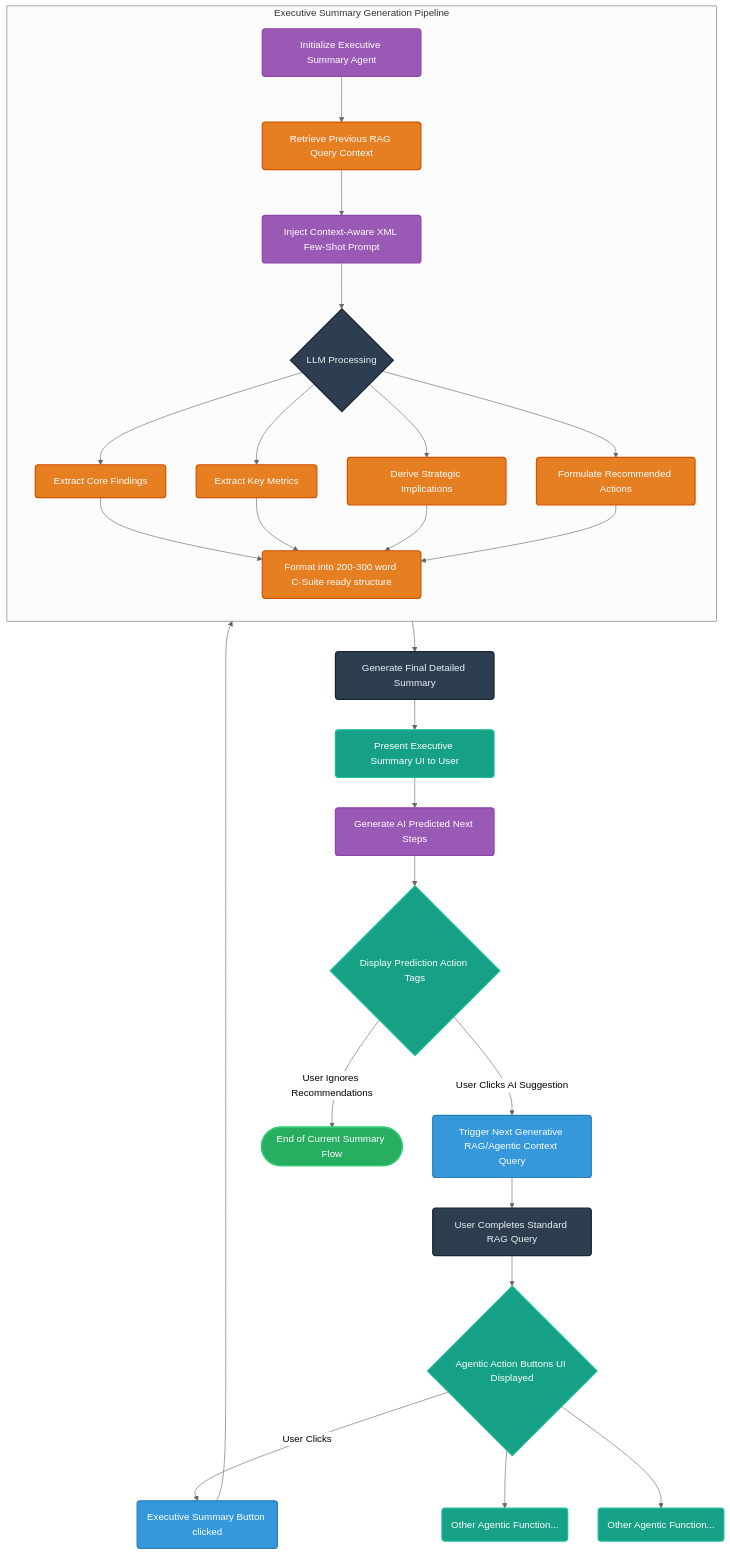
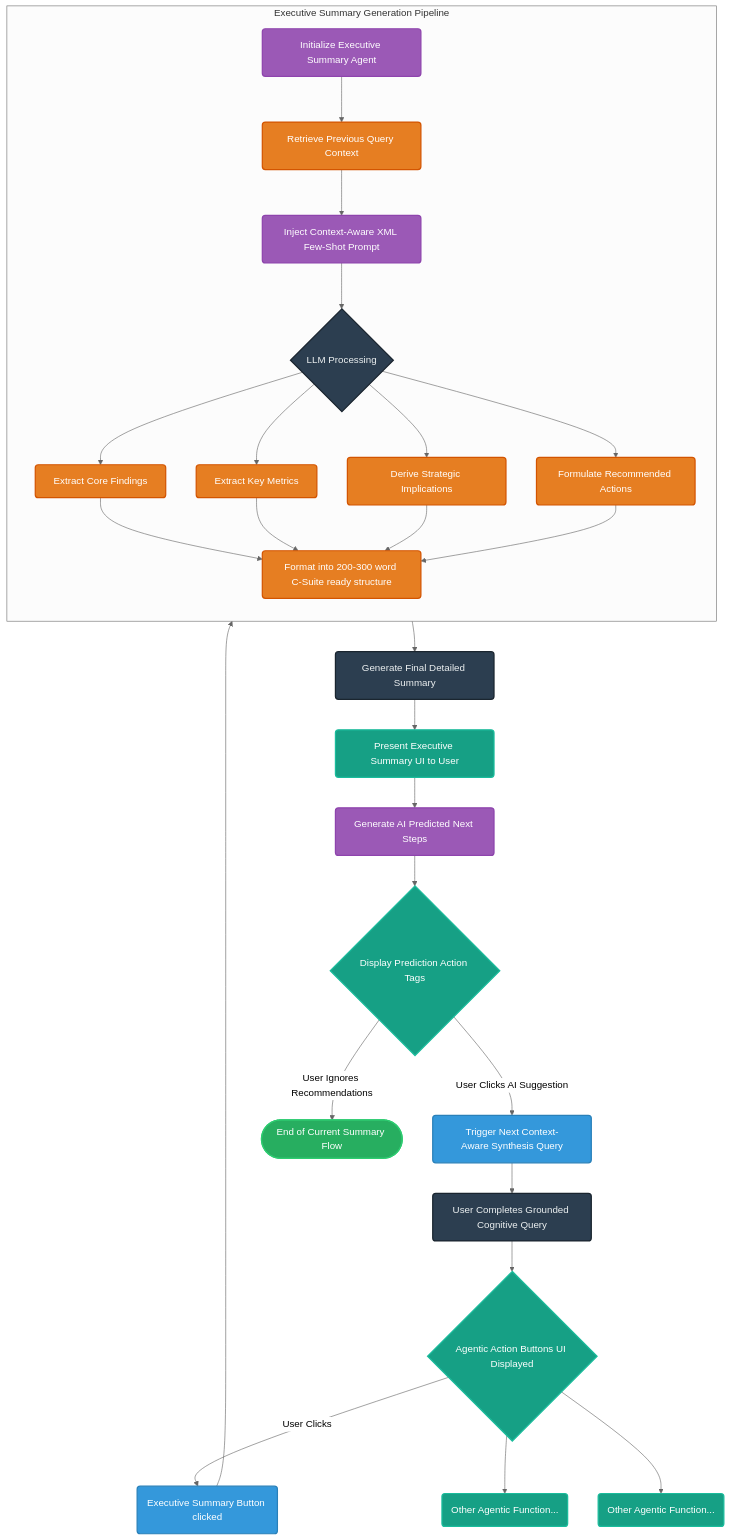
Before and after one commit to PankajVarma-PUV/SpandaOS: the diagram in About Spanda Operating Soul/Agentic_Flow Executive Summary.md, drawn with Mermaid (neutral theme). The commit also changed other lines of this file and 19 other files, not shown here.

Commit message:
Finalized SOTA SpandaOS Architecture

````diff
--- a/About Spanda Operating Soul/Agentic_Flow Executive Summary.md
+++ b/About Spanda Operating Soul/Agentic_Flow Executive Summary.md
@@ -34,48 +34,48 @@
 ```mermaid
 flowchart TD
     %% Styling Profiles
     classDef userAction fill:#3498db,stroke:#2980b9,stroke-width:2px,color:#fff,rx:5px,ry:5px
     classDef stateNode fill:#2c3e50,stroke:#1a252f,stroke-width:2px,color:#ecf0f1,rx:5px,ry:5px
     classDef agentCore fill:#9b59b6,stroke:#8e44ad,stroke-width:2px,color:#fff,rx:5px,ry:5px
     classDef processing fill:#e67e22,stroke:#d35400,stroke-width:2px,color:#fff,rx:5px,ry:5px
     classDef uiElement fill:#16a085,stroke:#1abc9c,stroke-width:2px,color:#fff,rx:5px,ry:5px
     classDef finishNode fill:#27ae60,stroke:#2ecc71,stroke-width:2px,color:#fff,rx:5px,ry:5px
 
-    A[User Completes Standard RAG Query]:::stateNode --> B{Agentic Action Buttons UI Displayed}:::uiElement
+    A[User Completes Grounded Cognitive Query]:::stateNode --> B{Agentic Action Buttons UI Displayed}:::uiElement
     
     B -->|User Clicks| C(Executive Summary Button clicked):::userAction
     B --> btn2(Other Agentic Function...):::uiElement
     B --> btn3(Other Agentic Function...):::uiElement
 
     C --> D[Initialize Executive Summary Agent]:::agentCore
     
     subgraph Execution Pipeline [Executive Summary Generation Pipeline]
         direction TB
-        D --> E[Retrieve Previous RAG Query Context]:::processing
+        D --> E[Retrieve Previous Query Context]:::processing
         
         E --> F[Inject Context-Aware XML Few-Shot Prompt]:::agentCore
         
         F --> G{LLM Processing}:::stateNode
         
         G --> H1[Extract Core Findings]:::processing
         G --> H2[Extract Key Metrics]:::processing
         G --> H3[Derive Strategic Implications]:::processing
         G --> H4[Formulate Recommended Actions]:::processing
         
         H1 --> I[Format into 200-300 word C-Suite ready structure]:::processing
         H2 --> I
         H3 --> I
         H4 --> I
     end
     
     I --> J[Generate Final Detailed Summary]:::stateNode
     J --> K[Present Executive Summary UI to User]:::uiElement
     
     K --> L[Generate AI Predicted Next Steps]:::agentCore
     L --> M{Display Prediction Action Tags}:::uiElement
     
-    M -->|User Clicks AI Suggestion| N[Trigger Next Generative RAG/Agentic Context Query]:::userAction
+    M -->|User Clicks AI Suggestion| N[Trigger Next Context-Aware Synthesis Query]:::userAction
     M -->|User Ignores Recommendations| O([End of Current Summary Flow]):::finishNode
     
     N --> A
 ```
````
